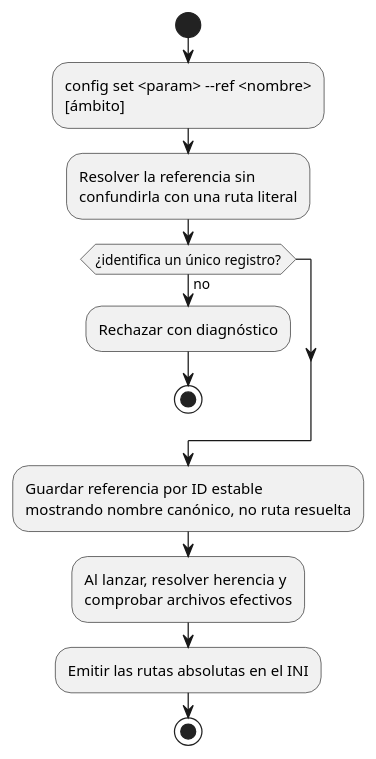
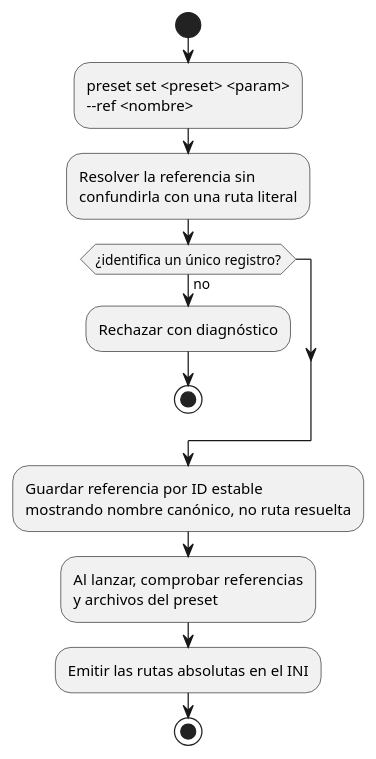
One commit to mstranich/coquena changed the seventh of 7 diagrams in docs/actividades.md. Above: the diagram before and after it, drawn with PlantUML. The commit also changed other lines of this file and 31 other files, not shown here.

````diff
--- a/docs/actividades.md
+++ b/docs/actividades.md
@@ -210,15 +209,15 @@
 ```plantuml
 @startuml
 start
-:config set <param> --ref <nombre>\n[ámbito];
+:preset set <preset> <param>\n--ref <nombre>;
 :Resolver la referencia sin\nconfundirla con una ruta literal;
 if (¿identifica un único registro?) then (no)
   :Rechazar con diagnóstico;
   stop
 endif
 :Guardar referencia por ID estable\nmostrando nombre canónico, no ruta resuelta;
-:Al lanzar, resolver herencia y\ncomprobar archivos efectivos;
+:Al lanzar, comprobar referencias\ny archivos del preset;
 :Emitir las rutas absolutas en el INI;
 stop
 @enduml
 ```
````
